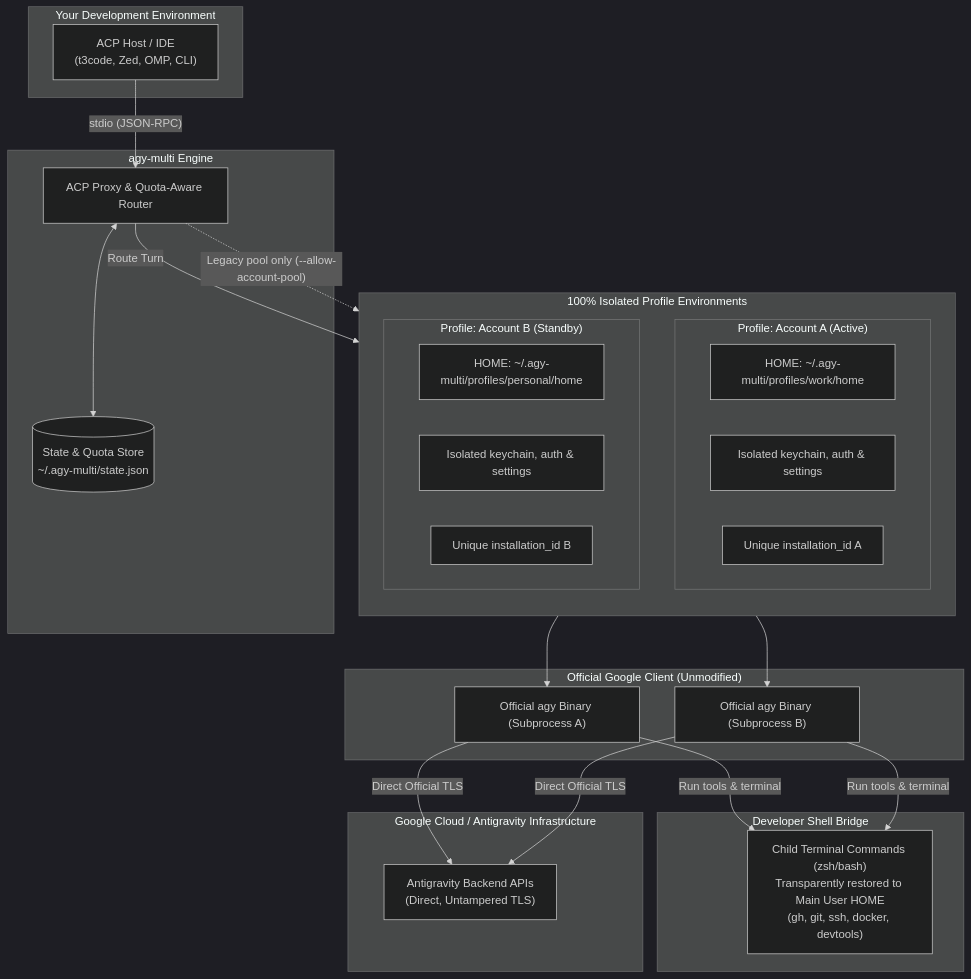
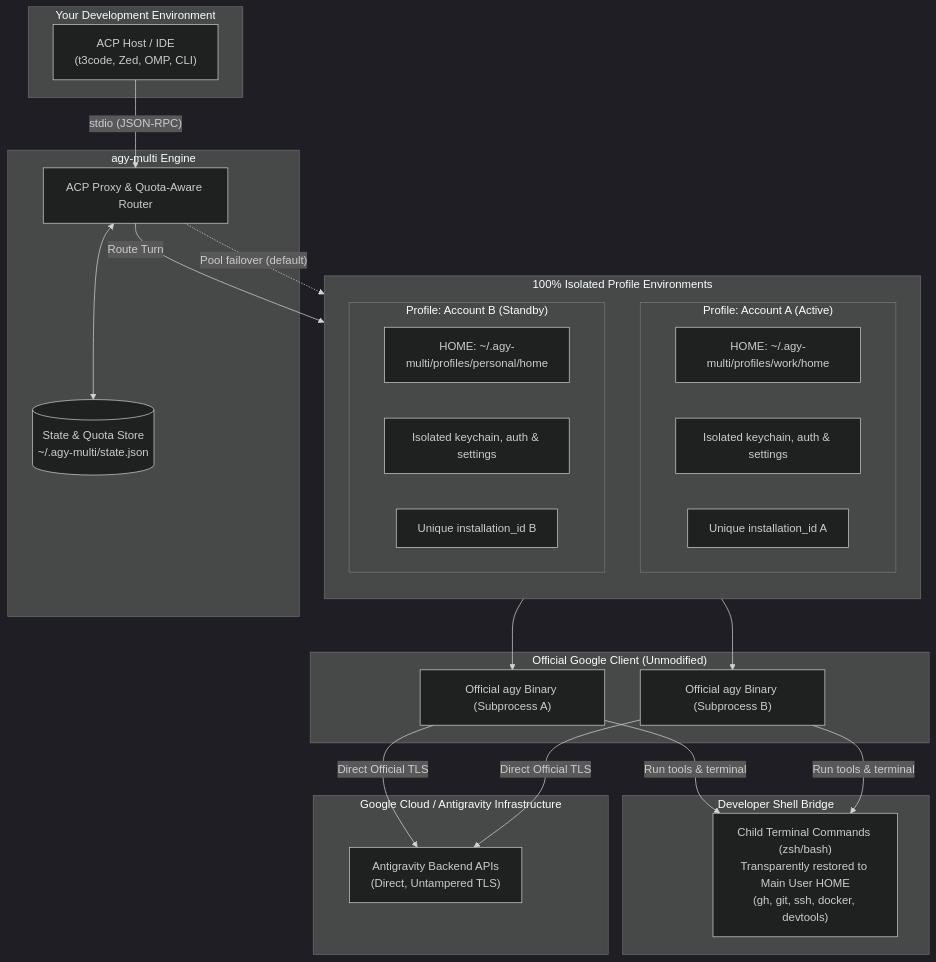
Before and after one commit to iqbal-codes/agy-multi: the first of 2 diagrams in README.md, drawn with Mermaid (dark theme). The commit also changed other lines of this file and 13 other files, not shown here.

Commit message:
feat!: default to account-pool and remove manual mode (#10)

````diff
--- a/README.md
+++ b/README.md
@@ -42,49 +41,49 @@
 ```mermaid
 flowchart TD
     subgraph Client["Your Development Environment"]
         IDE["ACP Host / IDE<br/>(t3code, Zed, OMP, CLI)"]
     end
 
     subgraph Wrapper["agy-multi Engine"]
         Proxy["ACP Proxy & Quota-Aware Router"]
         Store[("State & Quota Store<br/>~/.agy-multi/state.json")]
         Proxy <--> Store
     end
 
     subgraph Profiles["100% Isolated Profile Environments"]
         direction TB
         subgraph P1["Profile: Account A (Active)"]
             H1["HOME: ~/.agy-multi/profiles/work/home"]
             K1["Isolated keychain, auth & settings"]
             I1["Unique installation_id A"]
         end
         subgraph P2["Profile: Account B (Standby)"]
             H2["HOME: ~/.agy-multi/profiles/personal/home"]
             K2["Isolated keychain, auth & settings"]
             I2["Unique installation_id B"]
         end
     end
 
     subgraph ShellBridge["Developer Shell Bridge"]
         SB["Child Terminal Commands (zsh/bash)<br/>Transparently restored to Main User HOME<br/>(gh, git, ssh, docker, devtools)"]
     end
 
     subgraph GoogleOfficial["Official Google Client (Unmodified)"]
         Bin1["Official agy Binary (Subprocess A)"]
         Bin2["Official agy Binary (Subprocess B)"]
     end
 
     subgraph Backend["Google Cloud / Antigravity Infrastructure"]
         API["Antigravity Backend APIs<br/>(Direct, Untampered TLS)"]
     end
 
     IDE -->|"stdio (JSON-RPC)"| Proxy
     Proxy -->|"Route Turn"| P1
-    Proxy -.->|"Legacy pool only (--allow-account-pool)"| P2
+    Proxy -.->|"Pool failover (default)"| P2
     P1 --> Bin1
     P2 --> Bin2
     Bin1 -->|"Run tools & terminal"| SB
     Bin2 -->|"Run tools & terminal"| SB
     Bin1 -->|"Direct Official TLS"| API
     Bin2 -->|"Direct Official TLS"| API
 ```
````
